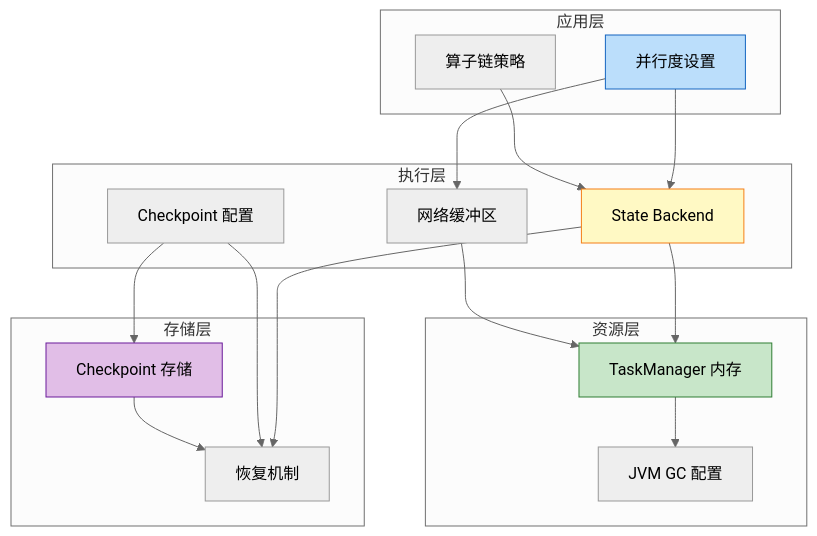
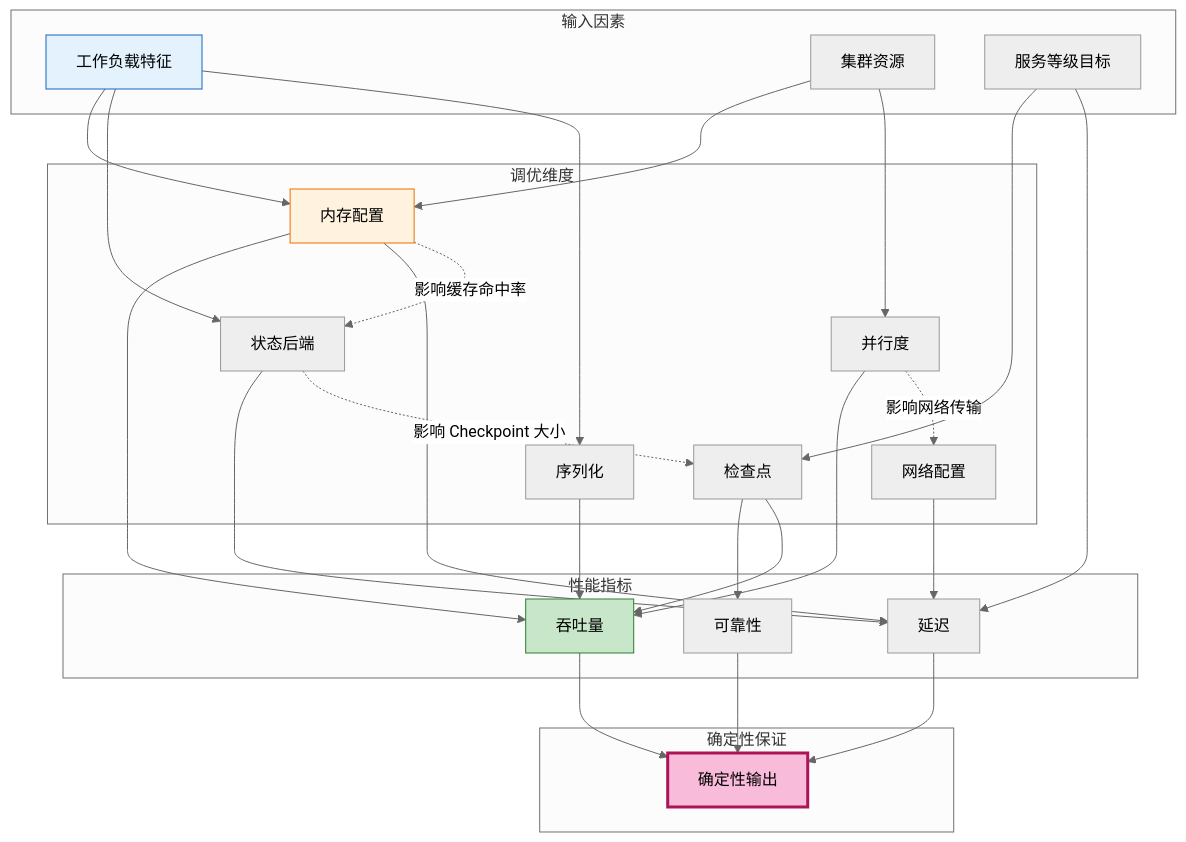
Before and after one commit to AdaMartin18010/AnalysisDataFlow: the third of 3 diagrams in Flink/06-engineering/performance-tuning-guide.md, drawn with Mermaid (neutral theme). The commit also changed other lines of this file and 10 other files, not shown here.

````diff
--- a/Flink/06-engineering/performance-tuning-guide.md
+++ b/Flink/06-engineering/performance-tuning-guide.md
@@ -399,39 +418,57 @@
 ```mermaid
 graph TB
-    subgraph "应用层"
-        A1[并行度设置]
-        A2[算子链策略]
+    subgraph "输入因素"
+        WORKLOAD[工作负载特征]
+        RESOURCE[集群资源]
+        SLA[服务等级目标]
     end
 
-    subgraph "执行层"
-        E1[State Backend]
-        E2[Checkpoint 配置]
-        E3[网络缓冲区]
+    subgraph "调优维度"
+        MEM[内存配置]
+        PARA[并行度]
+        CP[检查点]
+        STATE[状态后端]
+        SER[序列化]
+        NET[网络配置]
     end
 
-    subgraph "资源层"
-        R1[TaskManager 内存]
-        R2[JVM GC 配置]
+    subgraph "性能指标"
+        THROUGHPUT[吞吐量]
+        LATENCY[延迟]
+        RELIABILITY[可靠性]
     end
 
-    subgraph "存储层"
-        S1[Checkpoint 存储]
-        S2[恢复机制]
+    subgraph "确定性保证"
+        DETERM[确定性输出]
     end
 
-    A1 --> E1
-    A1 --> E3
-    A2 --> E1
-    E1 --> R1
-    E1 --> S2
-    E2 --> S1
-    E2 --> S2
-    E3 --> R1
-    R1 --> R2
-    S1 --> S2
+    WORKLOAD --> MEM
+    WORKLOAD --> STATE
+    WORKLOAD --> SER
+    RESOURCE --> MEM
+    RESOURCE --> PARA
+    SLA --> CP
+    SLA --> LATENCY
 
-    style A1 fill:#bbdefb,stroke:#1565c0
-    style E1 fill:#fff9c4,stroke:#f57f17
-    style R1 fill:#c8e6c9,stroke:#2e7d32
-    style S1 fill:#e1bee7,stroke:#6a1b9a
+    MEM --> THROUGHPUT
+    MEM --> LATENCY
+    PARA --> THROUGHPUT
+    CP --> RELIABILITY
+    CP --> THROUGHPUT
+    STATE --> LATENCY
+    SER --> THROUGHPUT
+    NET --> LATENCY
+
+    THROUGHPUT --> DETERM
+    LATENCY --> DETERM
+    RELIABILITY --> DETERM
+
+    MEM -.->|影响缓存命中率| STATE
+    STATE -.->|影响 Checkpoint 大小| CP
+    PARA -.->|影响网络传输| NET
+
+    style WORKLOAD fill:#e3f2fd,stroke:#1565c0
+    style MEM fill:#fff3e0,stroke:#ef6c00
+    style THROUGHPUT fill:#c8e6c9,stroke:#2e7d32
+    style DETERM fill:#f8bbd9,stroke:#ad1457,stroke-width:3px
 ```
````
